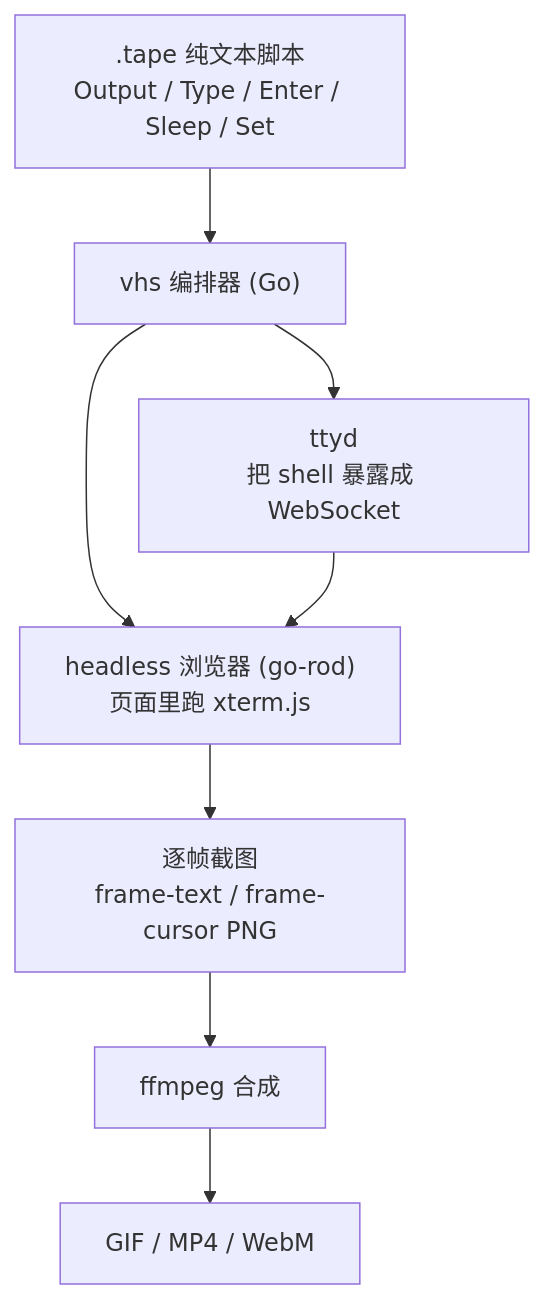
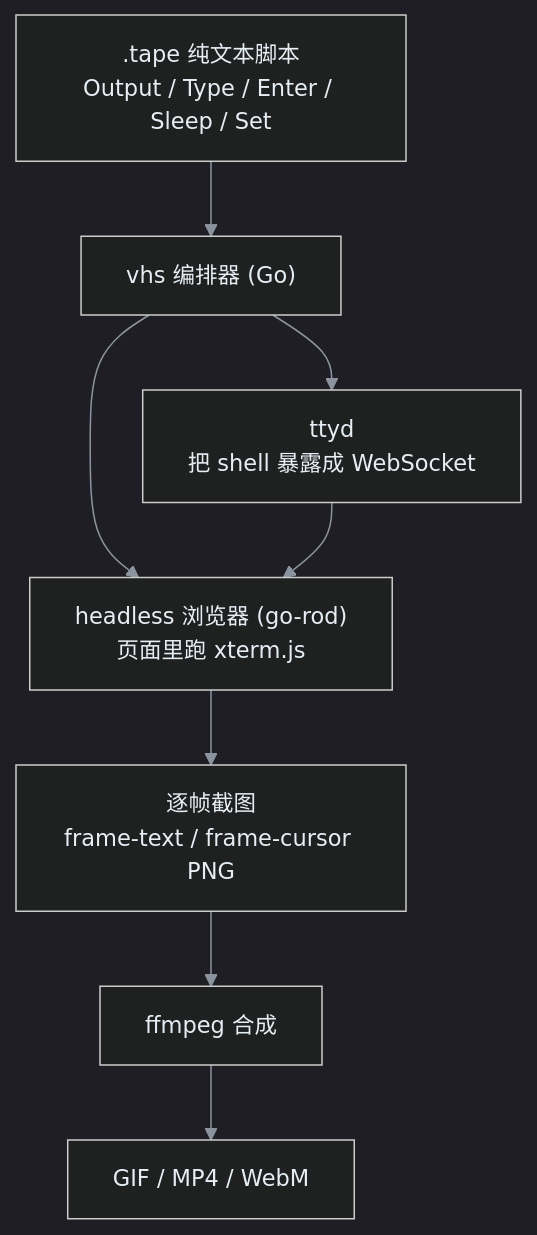
One commit to yeyangchen2009/yeyangchen2009.github.io changed the diagram in backup/终端录屏也能写成脚本：VHS 完整实操（Windows 三坑＋asciinema 对比）.md. Above: the diagram before and after it, drawn with Mermaid. The commit also changed 24 other files, not shown here.

````diff
--- a/backup/终端录屏也能写成脚本：VHS 完整实操（Windows 三坑＋asciinema 对比）.md
+++ b/backup/终端录屏也能写成脚本：VHS 完整实操（Windows 三坑＋asciinema 对比）.md
@@ -28,11 +28,11 @@
 ```mermaid
-%%{init: {'theme':'dark','themeVariables':{'background':'#0d1117','primaryColor':'#1f6feb','primaryTextColor':'#ffffff','primaryBorderColor':'#79c0ff','secondaryColor':'#21262d','tertiaryColor':'#30363d','lineColor':'#8b949e','textColor':'#e6edf3','clusterBkg':'#161b22','clusterBorder':'#58a6ff','edgeLabelBackground':'#21262d','fontSize':'15px'}}%%
+%%{init: {'theme':'dark','themeVariables':{'background':'#0d1117','primaryColor':'#1f6feb','primaryTextColor':'#ffffff','primaryBorderColor':'#79c0ff','secondaryColor':'#21262d','tertiaryColor':'#30363d','lineColor':'#8b949e','textColor':'#e6edf3','clusterBkg':'#161b22','clusterBorder':'#58a6ff','edgeLabelBackground':'#21262d','fontSize':'15px'}}}%%
 flowchart TD
     A[".tape 纯文本脚本<br/>Output / Type / Enter / Sleep / Set"] --> B["vhs 编排器 (Go)"]
     B --> C["ttyd<br/>把 shell 暴露成 WebSocket"]
     B --> D["headless 浏览器 (go-rod)<br/>页面里跑 xterm.js"]
     C --> D
     D --> E["逐帧截图<br/>frame-text / frame-cursor PNG"]
     E --> F["ffmpeg 合成"]
     F --> G["GIF / MP4 / WebM"]
 ```
````
